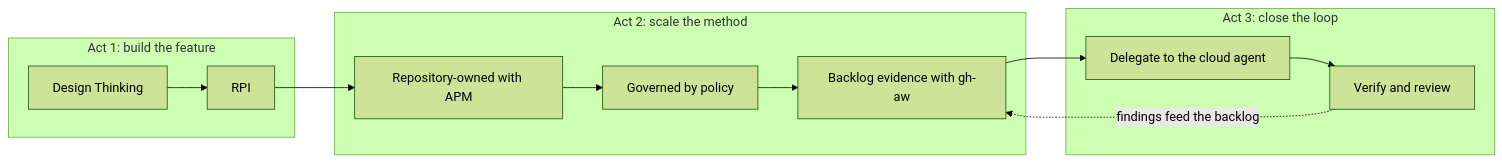
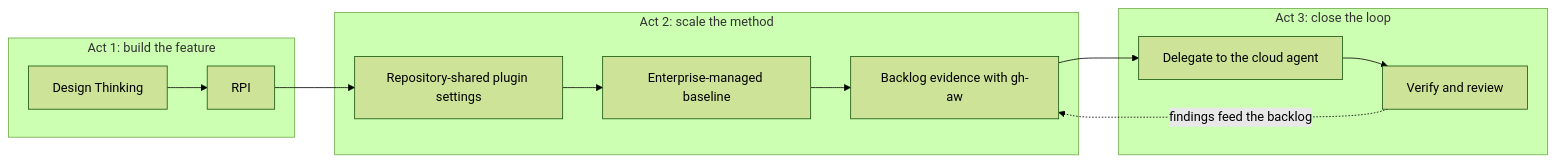
The diagram in README.md (Justrebl/AI-SDLC-Workshop), drawn with Mermaid (forest theme) before and after one commit. The commit also changed other lines of this file and 19 other files, not shown here.

First line of the commit message:
docs: focus Level 4 on shared plugin settings and make APM optional

````diff
--- a/README.md
+++ b/README.md
@@ -77,16 +78,16 @@
 ```mermaid
 flowchart LR
   subgraph Build["Act 1: build the feature"]
     A[Design Thinking] --> B[RPI]
   end
   subgraph Scale["Act 2: scale the method"]
-    C[Repository-owned with APM] --> D[Governed by policy]
+    C[Repository-shared plugin settings] --> D[Enterprise-managed baseline]
     D --> F[Backlog evidence with gh-aw]
   end
   subgraph Close["Act 3: close the loop"]
     G[Delegate to the cloud agent] --> H[Verify and review]
   end
   B --> C
   F --> G
   H -. findings feed the backlog .-> F
 ```
````
